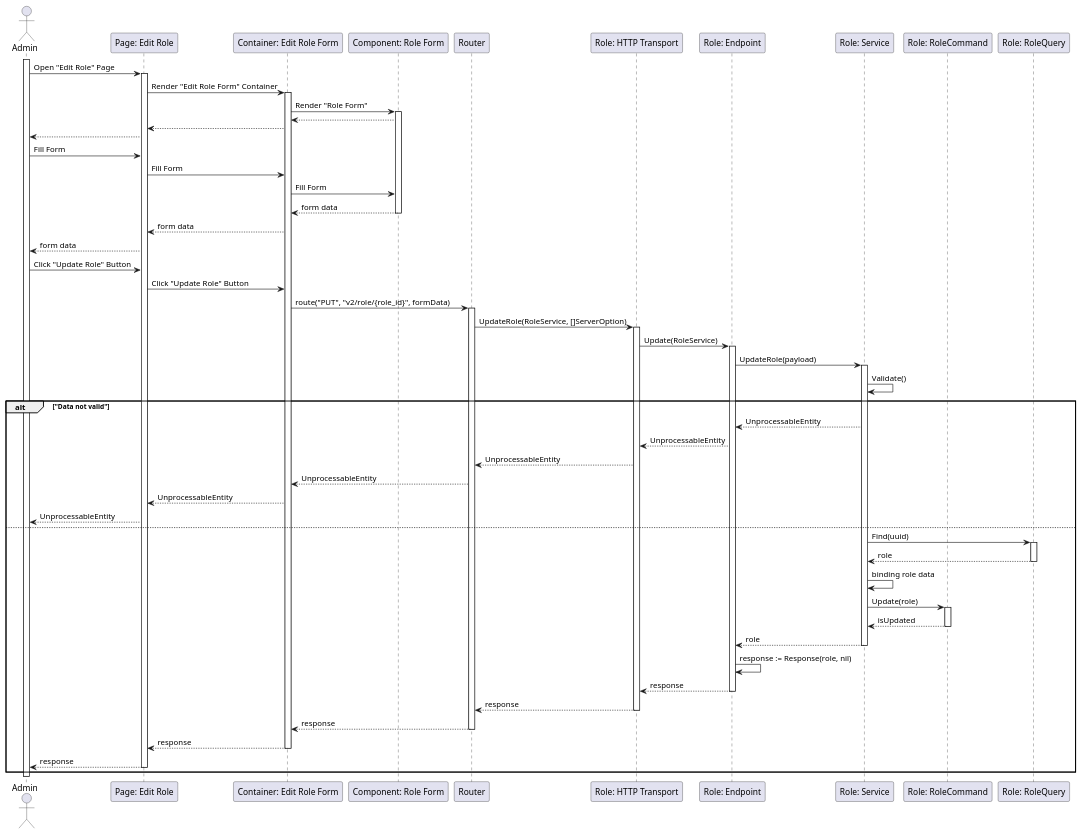
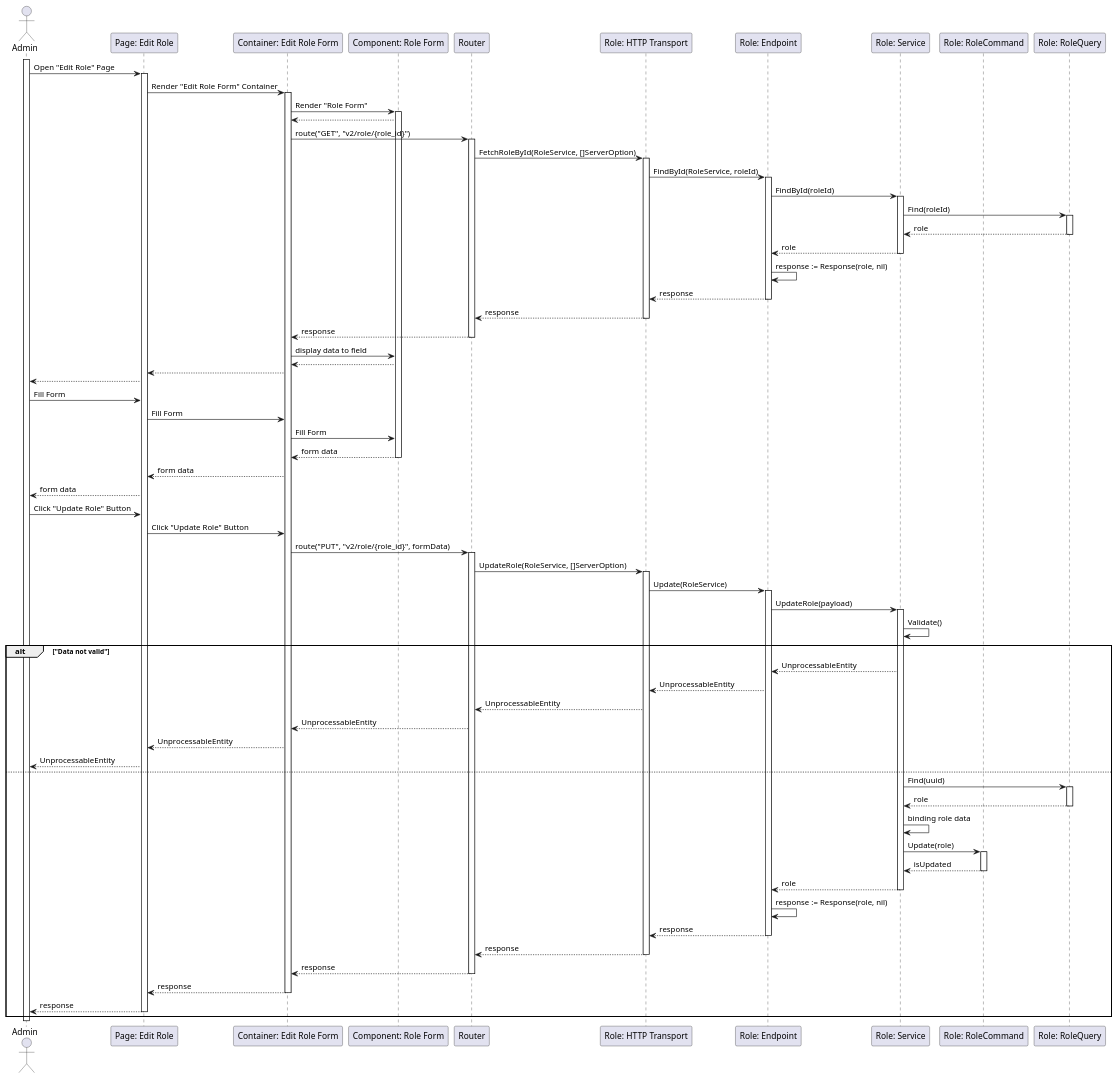
The diagram in Sequance/Release01/UpdateRole.wsd (fwidjaya20/fazzlearning-uml), drawn with PlantUML before and after one commit. The commit also changed 6 other files, not shown here.

```diff
--- a/Sequance/Release01/UpdateRole.wsd
+++ b/Sequance/Release01/UpdateRole.wsd
@@ -1,80 +1,103 @@
 @startuml UpdateRole
 
 actor Admin
 participant "Page: Edit Role" as EditRolePage
 participant "Container: Edit Role Form" as EditRoleFormContainer
 participant "Component: Role Form" as RoleForm
 participant "Router" as Router
 participant "Role: HTTP Transport" as RoleHTTPTransport
 participant "Role: Endpoint" as RoleEndpoint
 participant "Role: Service" as RoleService
 participant "Role: RoleCommand" as RoleCommand
 participant "Role: RoleQuery" as RoleQuery
 
 activate Admin
 
 Admin->EditRolePage: Open "Edit Role" Page
 activate EditRolePage
 EditRolePage->EditRoleFormContainer: Render "Edit Role Form" Container
 activate EditRoleFormContainer
 EditRoleFormContainer->RoleForm: Render "Role Form"
 activate RoleForm
+RoleForm-->EditRoleFormContainer
+EditRoleFormContainer->Router: route("GET", "v2/role/{role_id}")
+activate Router
+Router->RoleHTTPTransport: FetchRoleById(RoleService, []ServerOption)
+activate RoleHTTPTransport
+RoleHTTPTransport->RoleEndpoint: FindById(RoleService, roleId)
+activate RoleEndpoint
+RoleEndpoint->RoleService: FindById(roleId)
+activate RoleService
+RoleService->RoleQuery: Find(roleId)
+activate RoleQuery
+RoleQuery-->RoleService: role
+deactivate RoleQuery
+RoleService-->RoleEndpoint: role
+deactivate RoleService
+RoleEndpoint->RoleEndpoint: response := Response(role, nil)
+RoleEndpoint-->RoleHTTPTransport: response
+deactivate RoleEndpoint
+RoleHTTPTransport-->Router: response
+deactivate RoleHTTPTransport
+Router-->EditRoleFormContainer: response
+deactivate Router
+EditRoleFormContainer->RoleForm: display data to field
 RoleForm-->EditRoleFormContainer
 EditRoleFormContainer-->EditRolePage
 EditRolePage-->Admin
 
 Admin->EditRolePage: Fill Form
 EditRolePage->EditRoleFormContainer: Fill Form
 EditRoleFormContainer->RoleForm: Fill Form
 RoleForm-->EditRoleFormContainer: form data
 deactivate RoleForm
 EditRoleFormContainer-->EditRolePage: form data
 EditRolePage-->Admin: form data
 
 Admin->EditRolePage: Click "Update Role" Button
 EditRolePage->EditRoleFormContainer: Click "Update Role" Button
 EditRoleFormContainer->Router: route("PUT", "v2/role/{role_id}", formData)
 activate Router
 Router->RoleHTTPTransport: UpdateRole(RoleService, []ServerOption)
 activate RoleHTTPTransport
 RoleHTTPTransport->RoleEndpoint: Update(RoleService)
 activate RoleEndpoint
 RoleEndpoint->RoleService: UpdateRole(payload)
 activate RoleService
 RoleService->RoleService: Validate()
 
 alt "Data not valid"
     RoleService-->RoleEndpoint: UnprocessableEntity
     RoleEndpoint-->RoleHTTPTransport: UnprocessableEntity
     RoleHTTPTransport-->Router: UnprocessableEntity
     Router-->EditRoleFormContainer: UnprocessableEntity
     EditRoleFormContainer-->EditRolePage: UnprocessableEntity
     EditRolePage-->Admin: UnprocessableEntity
 else
     RoleService->RoleQuery: Find(uuid)
     activate RoleQuery
     RoleQuery-->RoleService: role
     deactivate RoleQuery
     RoleService->RoleService: binding role data
     RoleService->RoleCommand: Update(role)
     activate RoleCommand
     RoleCommand-->RoleService: isUpdated
     deactivate RoleCommand
     RoleService-->RoleEndpoint: role
     deactivate RoleService
     RoleEndpoint->RoleEndpoint: response := Response(role, nil)
     RoleEndpoint-->RoleHTTPTransport: response
     deactivate RoleEndpoint
     RoleHTTPTransport-->Router: response
     deactivate RoleHTTPTransport
     Router-->EditRoleFormContainer: response
     deactivate Router
     EditRoleFormContainer-->EditRolePage: response
     deactivate EditRoleFormContainer
     EditRolePage-->Admin: response
     deactivate EditRolePage
 end
 
 deactivate Admin
 
 @enduml
```
